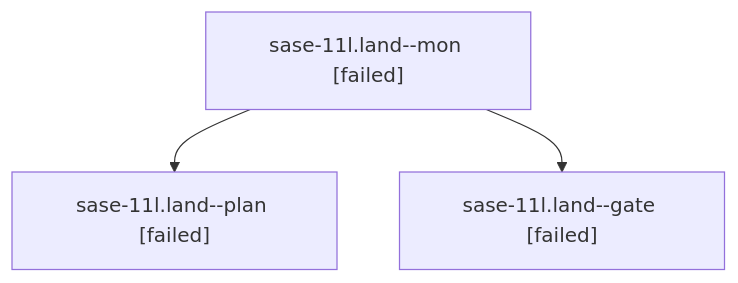
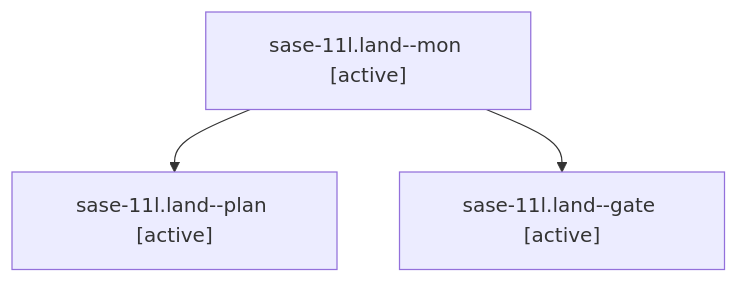
One commit to sase-org/sase--agents changed the diagram in families/bbugyi200.athena.sase-11l.land.md. Above: the diagram before and after it, drawn with Mermaid. The commit also changed other lines of this file and 192 other files, not shown here.

````diff
--- a/families/bbugyi200.athena.sase-11l.land.md
+++ b/families/bbugyi200.athena.sase-11l.land.md
@@ -9,8 +9,8 @@
 ```mermaid
 flowchart TD
-  n0["sase-11l.land--mon [failed]"]
-  n1["sase-11l.land--plan [failed]"]
+  n0["sase-11l.land--mon [active]"]
+  n1["sase-11l.land--plan [active]"]
   n0 --> n1
-  n2["sase-11l.land--gate [failed]"]
+  n2["sase-11l.land--gate [active]"]
   n0 --> n2
 ```
````
